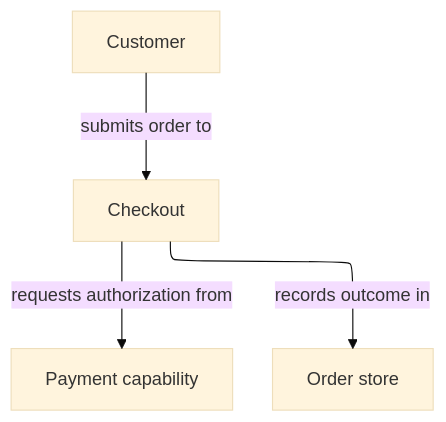
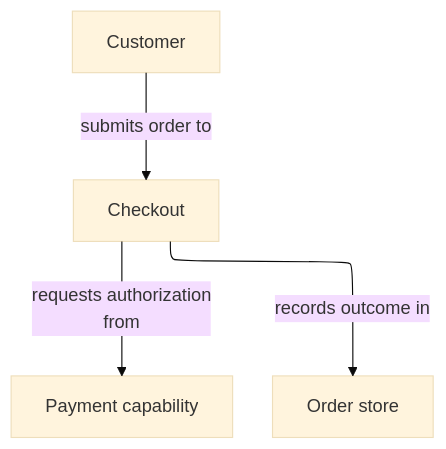
One commit to abstract-business-systems/as-is changed the second of 8 diagrams in skills/managing-as-is-document/diagram-examples.md. Above: the diagram before and after it, drawn with Mermaid (base theme). The commit also changed other lines of this file and 47 other files, not shown here.

Commit message:
docs(diagrams): improve Mermaid readability validation

````diff
--- a/skills/managing-as-is-document/diagram-examples.md
+++ b/skills/managing-as-is-document/diagram-examples.md
@@ -101,10 +101,10 @@
 ```mermaid
 ---
 config:
   layout: elk
 ---
 flowchart TB
     Customer["Customer"] -->|submits order to| Checkout["Checkout"]
-    Checkout -->|requests authorization from| PaymentCapability["Payment capability"]
+    Checkout -->|requests authorization<br/>from| PaymentCapability["Payment capability"]
     Checkout -->|records outcome in| OrderStore["Order store"]
 ```
````
